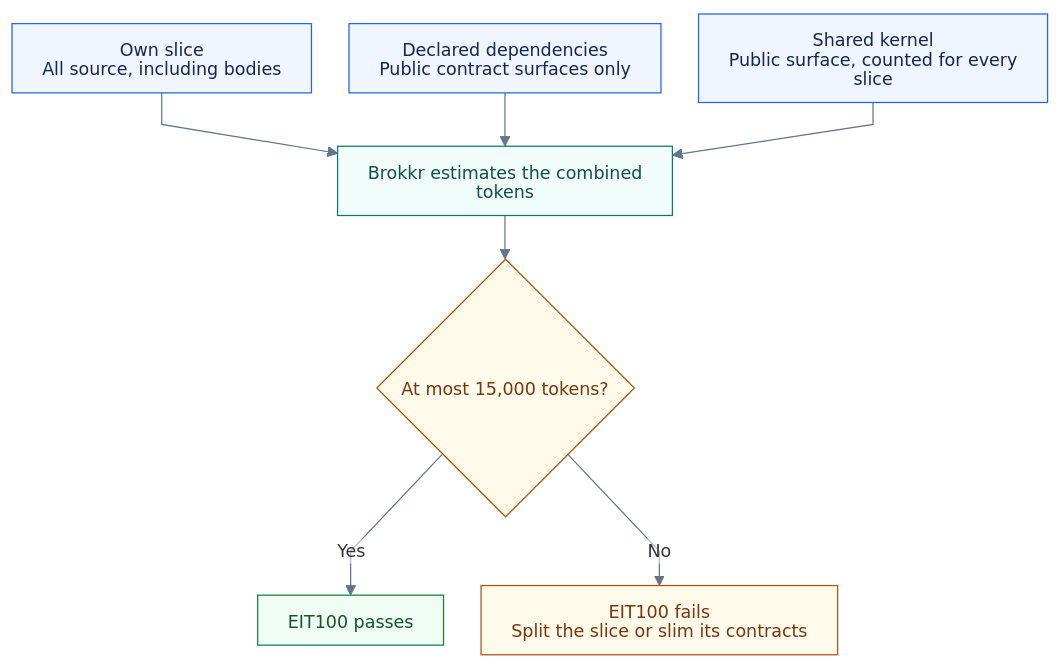
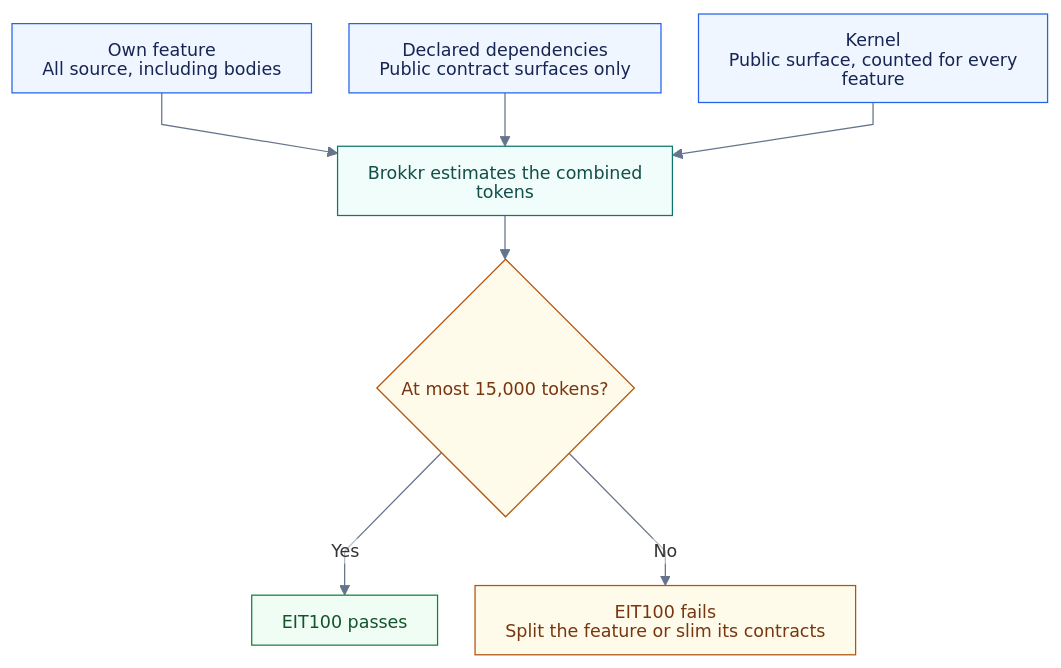
One commit to mrrasmussendk/pfa-api changed the diagram in docs/diagrams/context-budget.mmd. Above: the diagram before and after it, drawn with Mermaid. The commit also changed 119 other files, not shown here.

```diff
--- a/docs/diagrams/context-budget.mmd
+++ b/docs/diagrams/context-budget.mmd
@@ -1,20 +1,20 @@
 %%{init: {"theme": "base", "themeVariables": {"fontFamily": "Arial, sans-serif", "fontSize": "14px", "lineColor": "#64748b", "edgeLabelBackground": "#ffffff", "clusterBkg": "#f8fafc", "clusterBorder": "#cbd5e1"}, "htmlLabels": false, "flowchart": {"htmlLabels": false, "curve": "linear", "nodeSpacing": 30, "rankSpacing": 35, "padding": 12, "wrappingWidth": 260}}}%%
 flowchart TB
-    accTitle: Slice context budget
-    own["Own slice<br/>All source, including bodies"]:::input
+    accTitle: Feature context budget
+    own["Own feature<br/>All source, including bodies"]:::input
     deps["Declared dependencies<br/>Public contract surfaces only"]:::input
-    kernel["Shared kernel<br/>Public surface, counted for every slice"]:::input
+    kernel["Kernel<br/>Public surface, counted for every feature"]:::input
     total["Brokkr estimates the combined tokens"]:::process
     limit{"At most 15,000 tokens?"}:::decision
     passed["EIT100 passes"]:::output
-    revise["EIT100 fails<br/>Split the slice or slim its contracts"]:::decision
+    revise["EIT100 fails<br/>Split the feature or slim its contracts"]:::decision
     own --> total
     deps --> total
     kernel --> total
     total --> limit
     limit -->|Yes| passed
     limit -->|No| revise
     classDef input fill:#eff6ff,stroke:#2563eb,color:#172554
     classDef process fill:#f0fdfa,stroke:#0f766e,color:#134e4a
     classDef decision fill:#fffbeb,stroke:#b45309,color:#78350f
     classDef output fill:#f0fdf4,stroke:#15803d,color:#14532d
```
